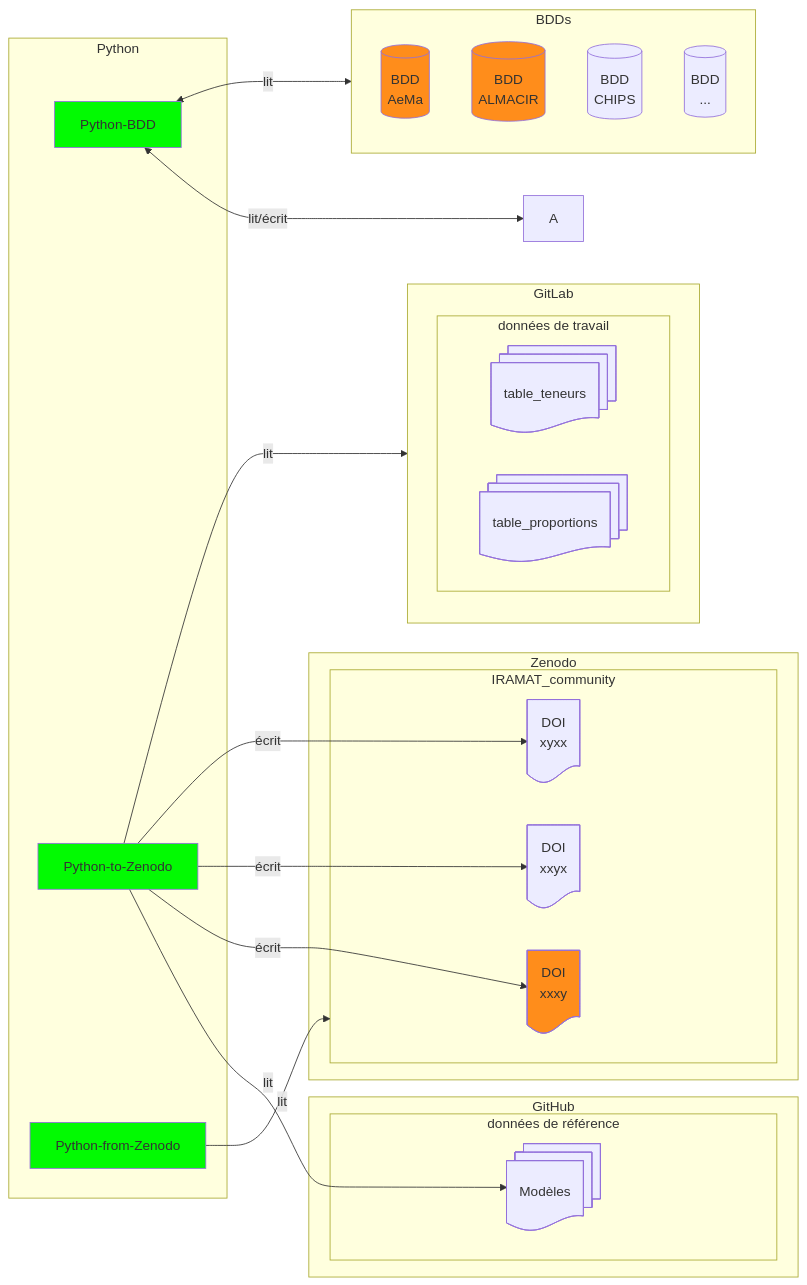
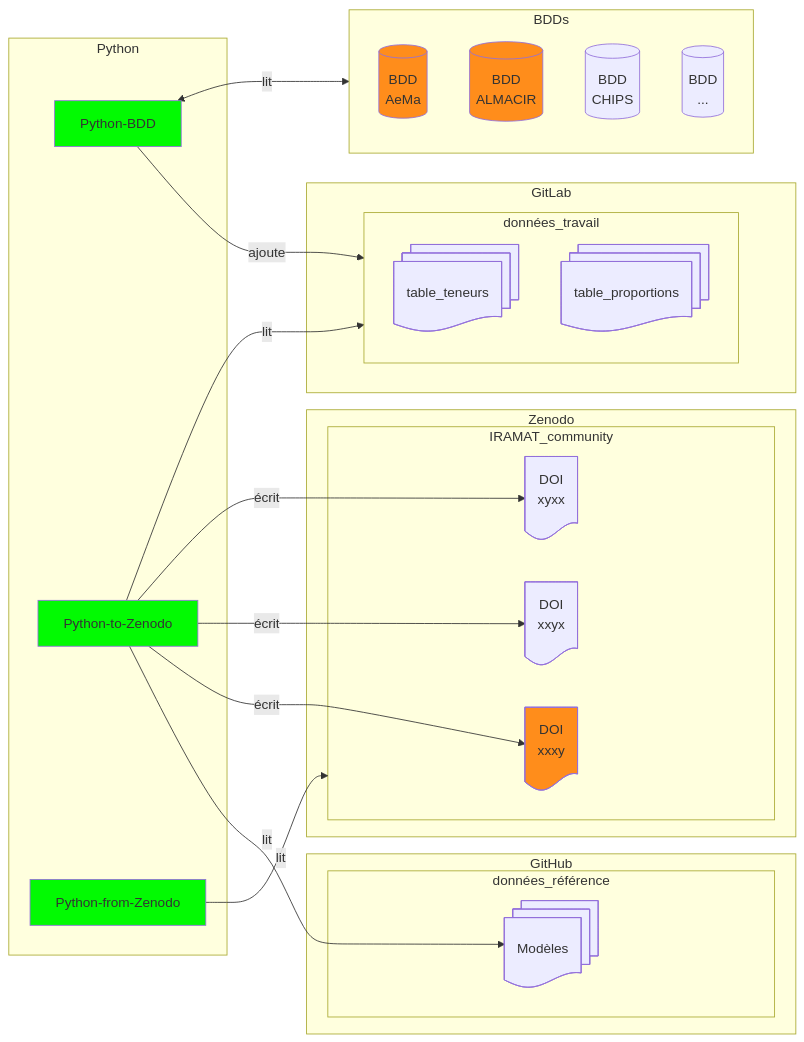
The first of 2 diagrams in dbs/README.md (iramat/iramat-dev), drawn with Mermaid before and after one commit.

````diff
--- a/dbs/README.md
+++ b/dbs/README.md
@@ -5,46 +5,46 @@
 ```mermaid
 flowchart LR
     subgraph GitLab
-        subgraph données de travail
+        subgraph données_travail
             T1@{ shape: docs, label: "table_teneurs" }
             T2@{ shape: docs, label: "table_proportions" }
         end
     end
     subgraph GitHub
-        subgraph données de référence
+        subgraph données_référence
             Mod@{ shape: docs, label: "Modèles" }
         end
     end
     subgraph Python
         PDB@{ procs: docs, label: "Python-BDD" }
         P2Z@{ procs: docs, label: "Python-to-Zenodo" }
         PfZ@{ procs: docs, label: "Python-from-Zenodo" }
     end
     subgraph BDDs
         B[(BDD<br>AeMa)]
         H[(BDD<br>ALMACIR)]
         C[(BDD<br>CHIPS)]
         D[(BDD<br>...)]
     end
-    PDB <-- lit/écrit --> A;
+    PDB -- ajoute --> données_travail;
     P2Z -- lit --> Mod;
-    P2Z -- lit --> GitLab;
+    P2Z -- lit --> données_travail;
     subgraph Zenodo
         subgraph IRAMAT_community
             P2Z -- écrit --> E@{ shape: doc, label: "DOI<br>xxxy" }
             P2Z -- écrit --> F@{ shape: doc, label: "DOI<br>xxyx" }
             P2Z -- écrit --> G@{ shape: doc, label: "DOI<br>xyxx" }
         end
     end
     PDB <-- lit --> BDDs;
     PfZ -- lit --> IRAMAT_community
 
 
 click T1 "https://github.com/zoometh/iramat-test/blob/main/dbs/analysis_results.tsv" _blank
 style PDB fill:#02fa02
 style P2Z fill:#02fa02
 style PfZ fill:#02fa02
 style B fill:#FF8D1B
 style H fill:#FF8D1B
 style E fill:#FF8D1B
 ```
````
